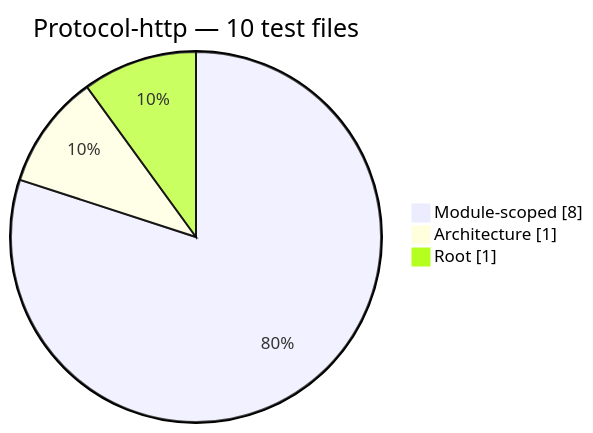
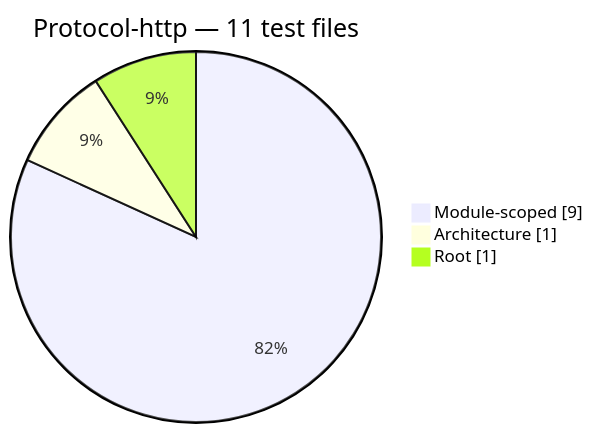
Before and after one commit to PHP-Arazzo/php-arazzo: the ninth of 13 diagrams in docs/generated/test-composition.md, drawn with Mermaid. The commit also changed other lines of this file and 21 other files, not shown here.

Commit message:
refactor(protocol-http): decompose OpenAPI resolver, output extractor, and response validator to eliminate complexity and naming violations

````diff
--- a/docs/generated/test-composition.md
+++ b/docs/generated/test-composition.md
@@ -134,7 +134,7 @@
 ```mermaid
 pie showData
-    title Protocol-http — 10 test files
-    "Module-scoped": 8
+    title Protocol-http — 11 test files
+    "Module-scoped": 9
     "Architecture": 1
     "Root": 1
 ```
````
